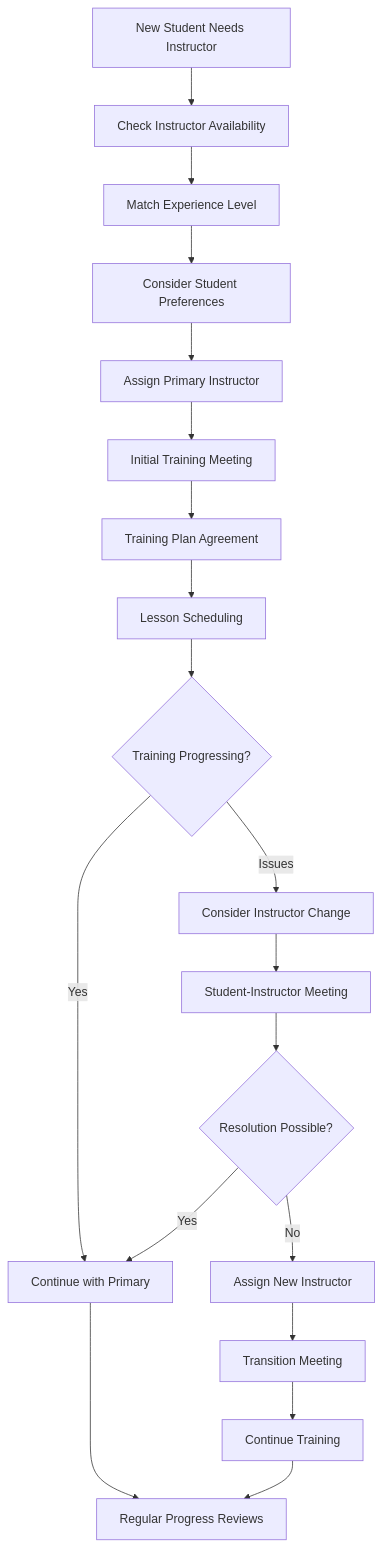
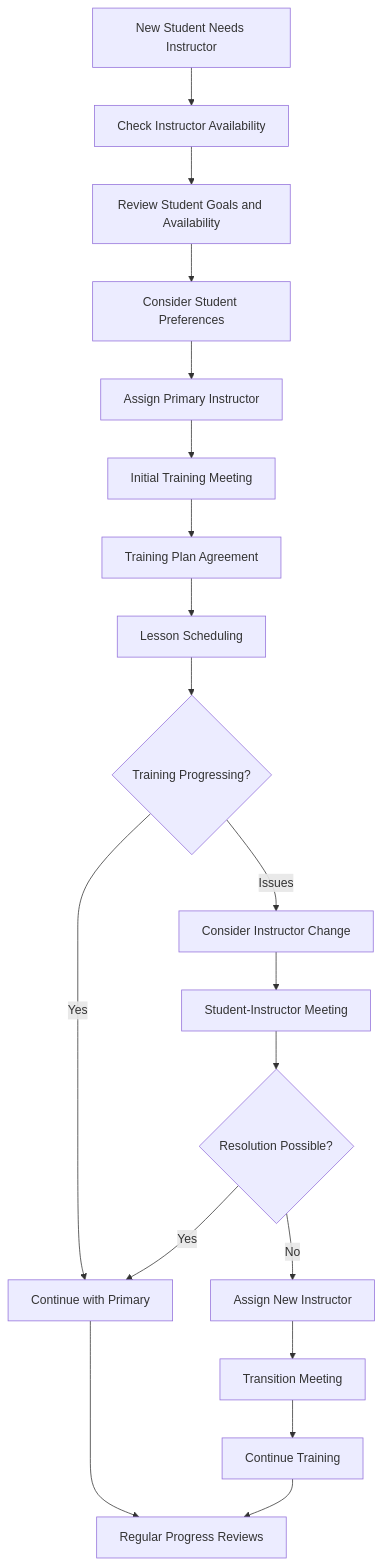
The eighth of 9 diagrams in docs/workflows/03-instruction-workflow.md (pietbarber/Manage2Soar), drawn with Mermaid before and after one commit. The commit also changed other lines of this file and 11 other files, not shown here.

````diff
--- a/docs/workflows/03-instruction-workflow.md
+++ b/docs/workflows/03-instruction-workflow.md
@@ -359,26 +359,26 @@
 ```mermaid
 flowchart TD
     A[New Student Needs Instructor] --> B[Check Instructor Availability]
-    B --> C[Match Experience Level]
+    B --> C[Review Student Goals and Availability]
     C --> D[Consider Student Preferences]
     D --> E[Assign Primary Instructor]
 
     E --> F[Initial Training Meeting]
     F --> G[Training Plan Agreement]
     G --> H[Lesson Scheduling]
 
     H --> I{Training Progressing?}
     I -->|Yes| J[Continue with Primary]
     I -->|Issues| K[Consider Instructor Change]
 
     K --> L[Student-Instructor Meeting]
     L --> M{Resolution Possible?}
     M -->|Yes| J
     M -->|No| N[Assign New Instructor]
 
     N --> O[Transition Meeting]
     O --> P[Continue Training]
 
     J --> Q[Regular Progress Reviews]
     P --> Q
 ```
````
